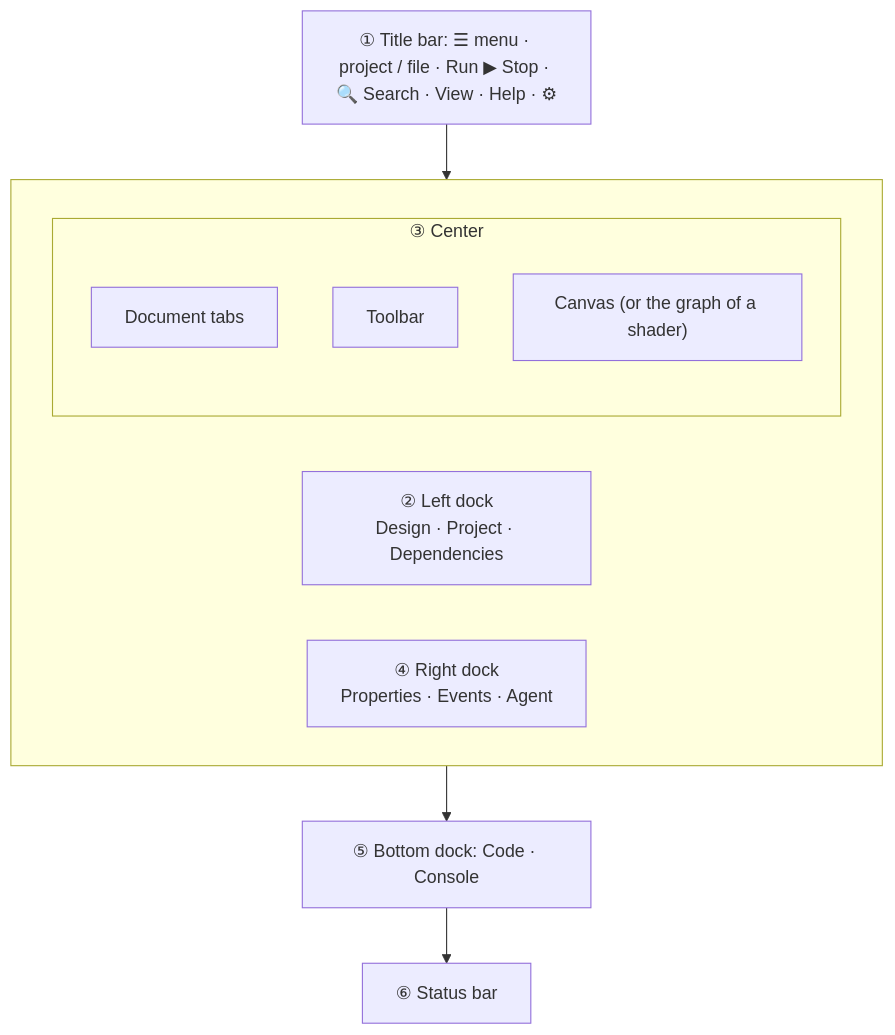
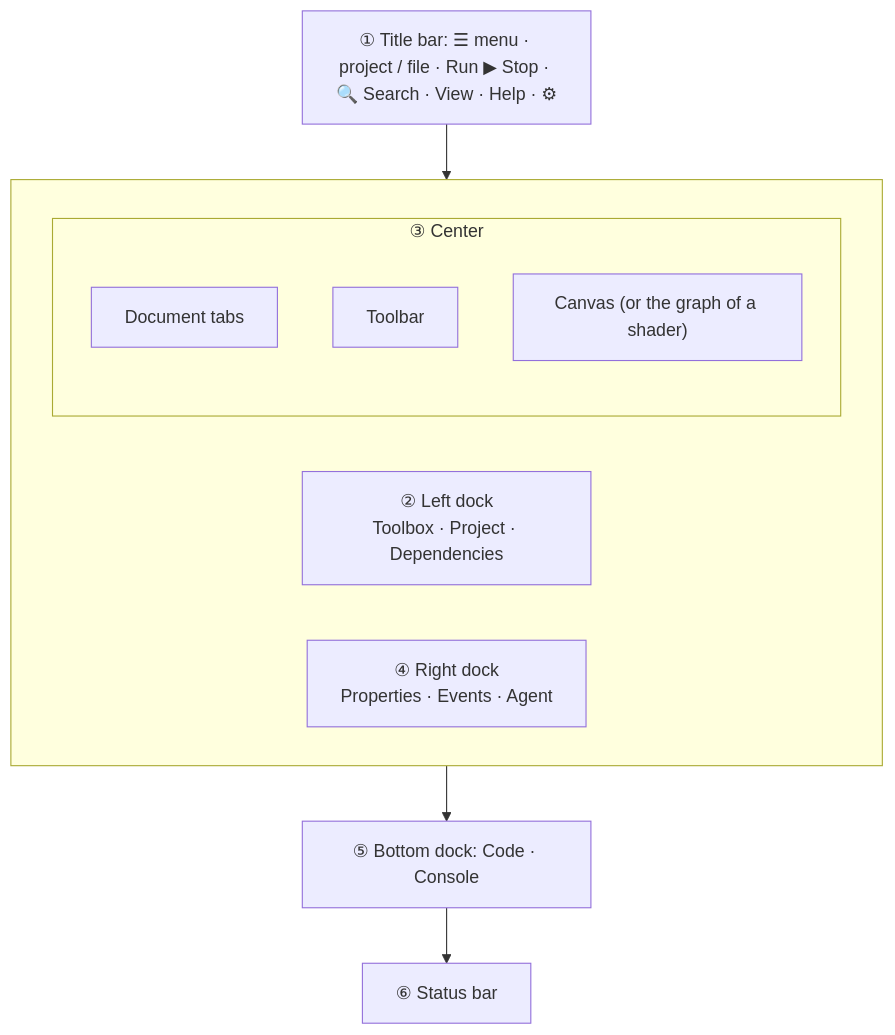
One commit to albakore/pyzed changed the diagram in docs/src/content/docs/editor/interface.mdx. Above: the diagram before and after it, drawn with Mermaid. The commit also changed other lines of this file and 28 other files, not shown here.

First line of the commit message:
✨ Color component icons by role in Pyzed Design and rename the Design tab to Toolbox

````diff
--- a/docs/src/content/docs/editor/interface.mdx
+++ b/docs/src/content/docs/editor/interface.mdx
@@ -30,18 +30,18 @@
 ```mermaid
 flowchart TB
     T["① Title bar: ☰ menu · project / file · Run ▶ Stop · 🔍 Search · View · Help · ⚙"]
     subgraph W[" "]
         direction LR
-        L["② Left dock<br/>Design · Project · Dependencies"]
+        L["② Left dock<br/>Toolbox · Project · Dependencies"]
         subgraph C["③ Center"]
             direction TB
             D["Document tabs"]
             TB["Toolbar"]
             F["Canvas (or the graph of a shader)"]
         end
         R["④ Right dock<br/>Properties · Events · Agent"]
     end
     B["⑤ Bottom dock: Code · Console"]
     S["⑥ Status bar"]
     T --> W --> B --> S
 ```
````
